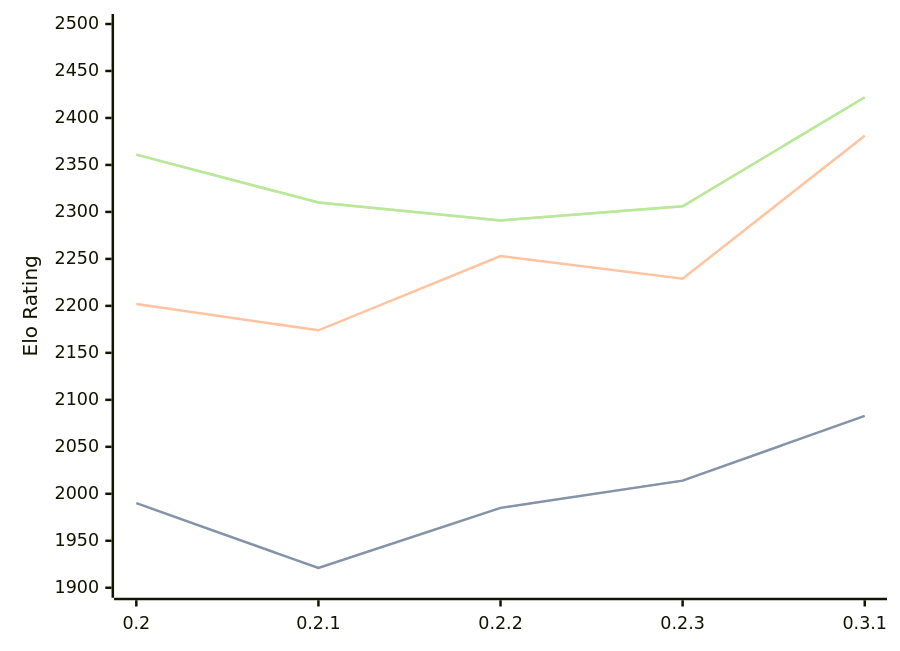
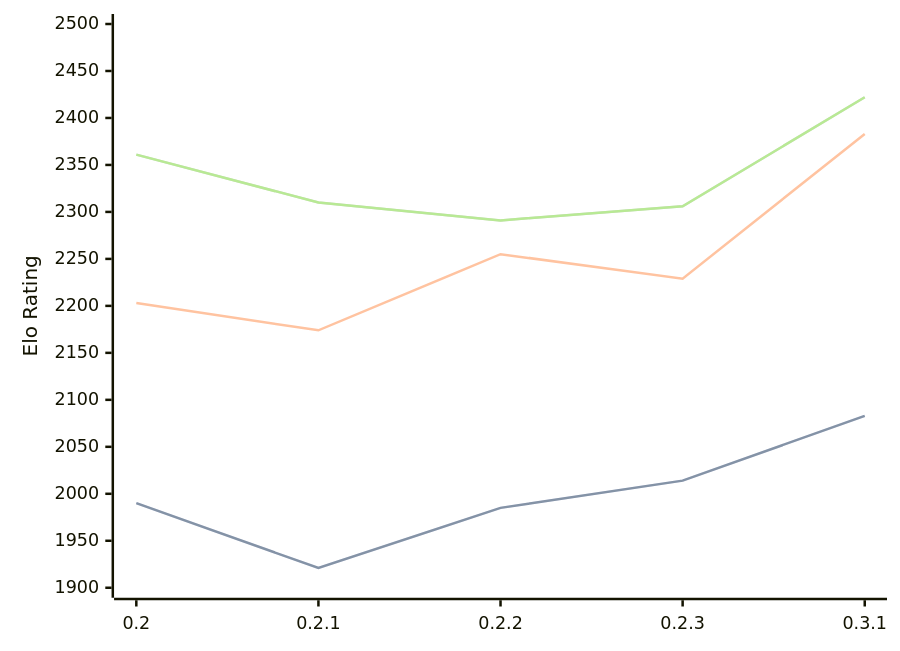
The first of 3 diagrams in engines/Lolbot.md (computer-chess-index/cci), drawn with Mermaid before and after one commit. The commit also changed other lines of this file, not shown here.

````diff
--- a/engines/Lolbot.md
+++ b/engines/Lolbot.md
@@ -36,11 +36,11 @@
 ```mermaid
 %%{init: {"theme":"base","themeVariables":{"seriesColors:['#a3a3a3','#222221','#faa371']}}}%%
 xychart-beta
   x-axis ["0.2", "0.2.1", "0.2.2", "0.2.3", "0.3.1"]
   y-axis "Elo Rating" 1900 --> 2500
   line "STC (8.0+0.08s)" [1990, 1921, 1985, 2014, 2083]
   line "STC (8.0+0.08s)" [1990, 1921, 1985, 2014, 2083]
-  line "LTC (60.0+0.60s)" [2202, 2174, 2253, 2229, 2381]
+  line "LTC (60.0+0.60s)" [2203, 2174, 2255, 2229, 2383]
   line "VLTC (2m24s+1.12s)" [2361, 2310, 2291, 2306, 2422]
   line "VLTC (2m24s+1.12s)" [2361, 2310, 2291, 2306, 2422]
 ```
````
